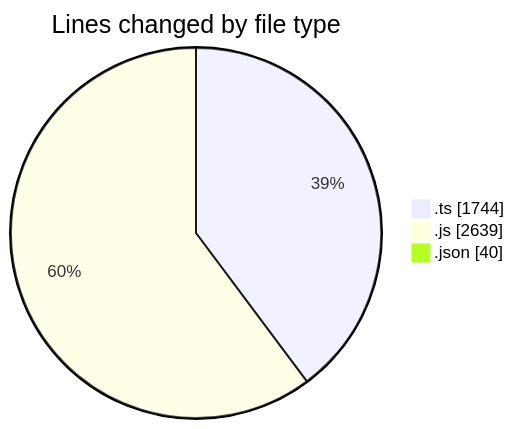
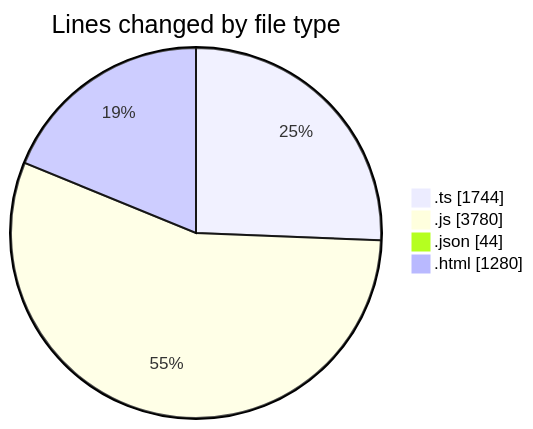
Before and after one commit to tmsrecording-cyber/code-tracking: the first of 2 diagrams in 2026-04-15/ai_news_simple/README.md, drawn with Mermaid. The commit also changed other lines of this file and 1 other file, not shown here.

````diff
--- a/2026-04-15/ai_news_simple/README.md
+++ b/2026-04-15/ai_news_simple/README.md
@@ -31,7 +34,8 @@
 ```mermaid
 pie showData
 title Lines changed by file type
 ".ts" : 1744
-".js" : 2639
-".json" : 40
+".js" : 3780
+".json" : 44
+".html" : 1280
 ```
````
